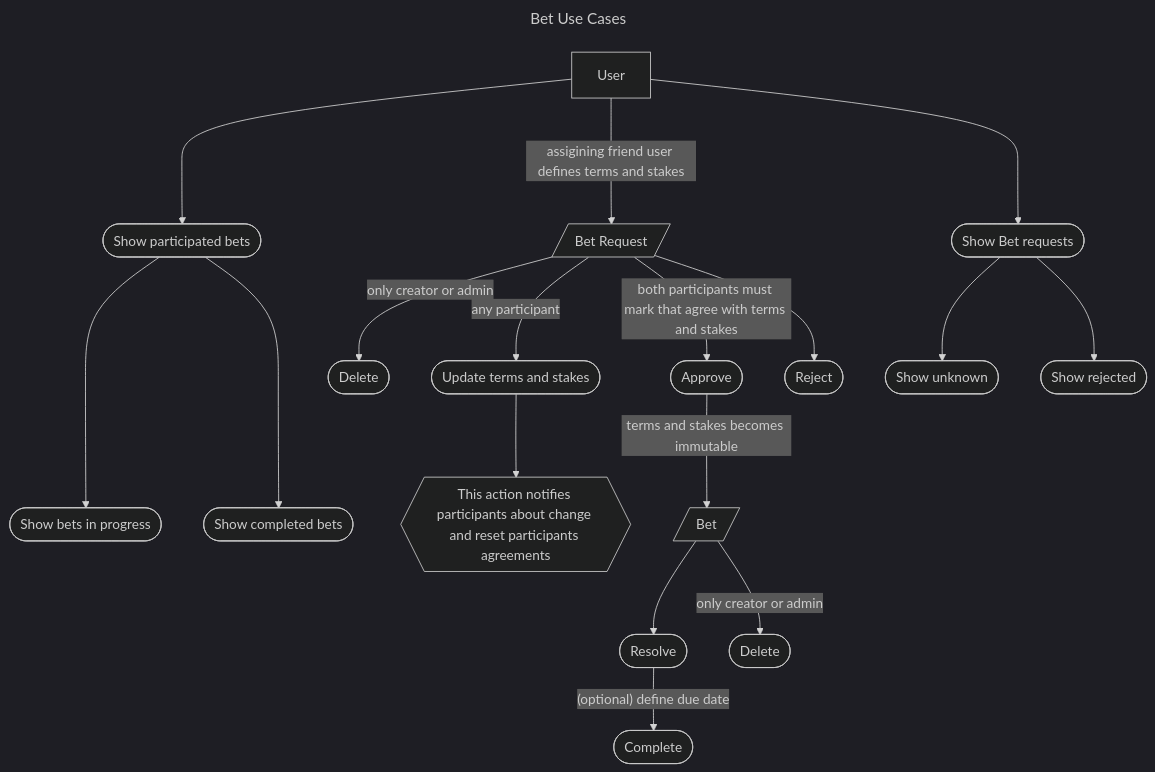
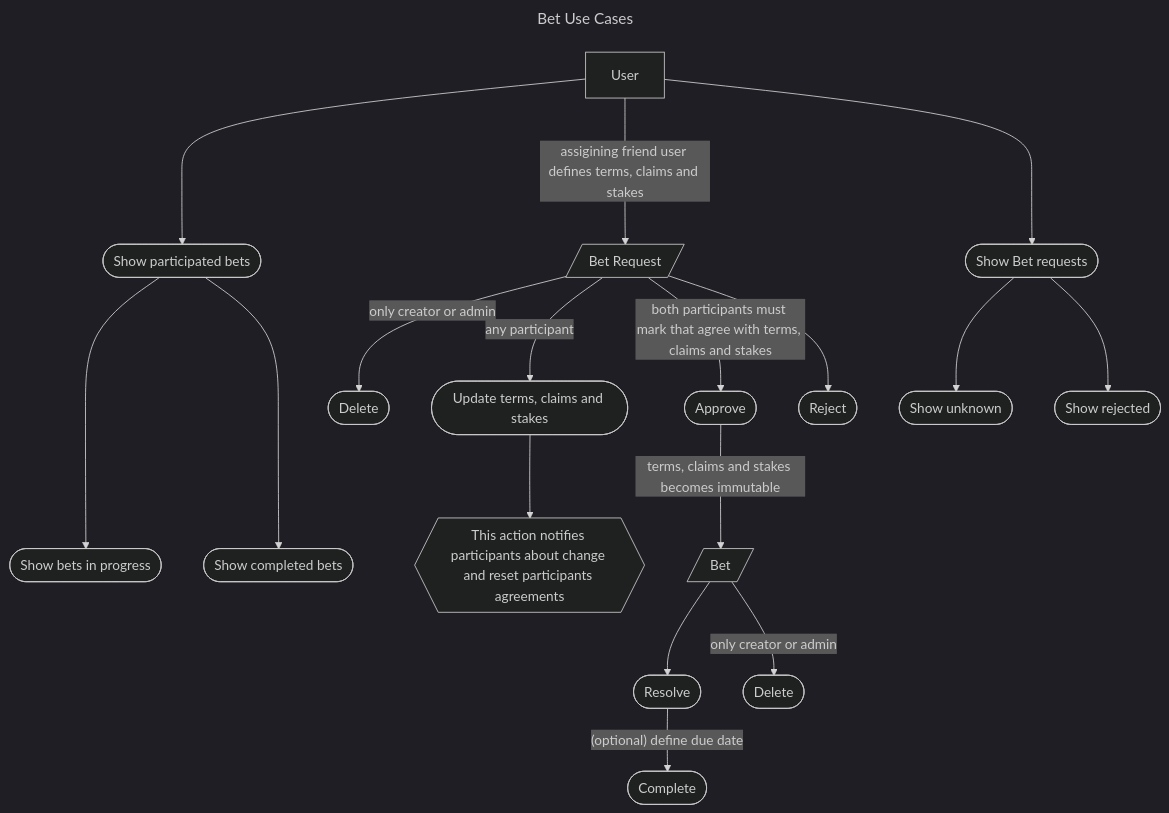
Before and after one commit to radek2s/BetKeeper: the first of 2 diagrams in documents/01_requirements/use_cases/bet_context.md, drawn with Mermaid (dark theme). The commit also changed other lines of this file and 1 other file, not shown here.

Commit message:
📚 Update documentation with claims design

````diff
--- a/documents/01_requirements/use_cases/bet_context.md
+++ b/documents/01_requirements/use_cases/bet_context.md
@@ -10,25 +10,25 @@
 ```mermaid
 ---
 title: Bet Use Cases
 ---
 flowchart TB
     USER ---> BET_VIEW(["Show participated bets"])
     BET_VIEW ---> BET_VIEW_PENDING(["Show bets in progress"]) & BET_VIEW_RESOLVED(["Show completed bets"])
-    USER -- assigining friend user defines terms and stakes ---> BET_REQUEST[/"Bet Request"/]
+    USER -- assigining friend user defines terms, claims and stakes ---> BET_REQUEST[/"Bet Request"/]
     USER["User"] ---> BET_REQUESTS(["Show Bet requests"])
     BET_REQUESTS(["Show Bet requests"]) --> BET_REQUESTS_PENDING(["Show unknown"])
     BET_REQUESTS(["Show Bet requests"]) --> BET_REQUESTS_REJECTED(["Show rejected"])
     BET_REQUEST -- only creator or admin --> BET_REQUEST_DELETE(["Delete"])
-    BET_REQUEST -- any participant --> BET_REQUEST_UPDATE(["Update terms and stakes"])
+    BET_REQUEST -- any participant --> BET_REQUEST_UPDATE(["Update terms, claims and stakes"])
     BET_REQUEST_UPDATE --> BET_REQUSET_NOTE{{"This action notifies participants about change and reset participants agreements"}}
-    BET_REQUEST -- both participants must mark that agree with terms and stakes --> BET_APPROVED(["Approve"])
+    BET_REQUEST -- both participants must mark that agree with terms, claims and stakes --> BET_APPROVED(["Approve"])
     BET_REQUEST --> BET_REJECTED(["Reject"])
     
     
-    BET_APPROVED(["Approve"]) -- terms and stakes becomes immutable --> BET[/"Bet"/]
+    BET_APPROVED(["Approve"]) -- terms, claims and stakes becomes immutable --> BET[/"Bet"/]
     BET --> BET_RESOLVE(["Resolve"])
     BET_RESOLVE -- (optional) define due date --> BET_COMPLETE(["Complete"])
     BET -- only creator or admin --> BET_DELETE(["Delete"])
 
 
 ```
````
